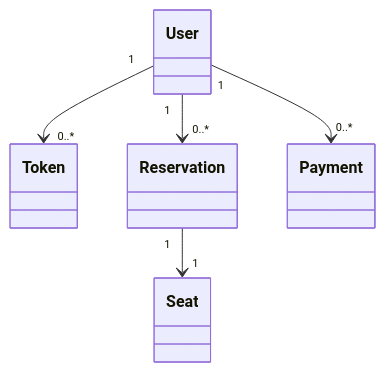
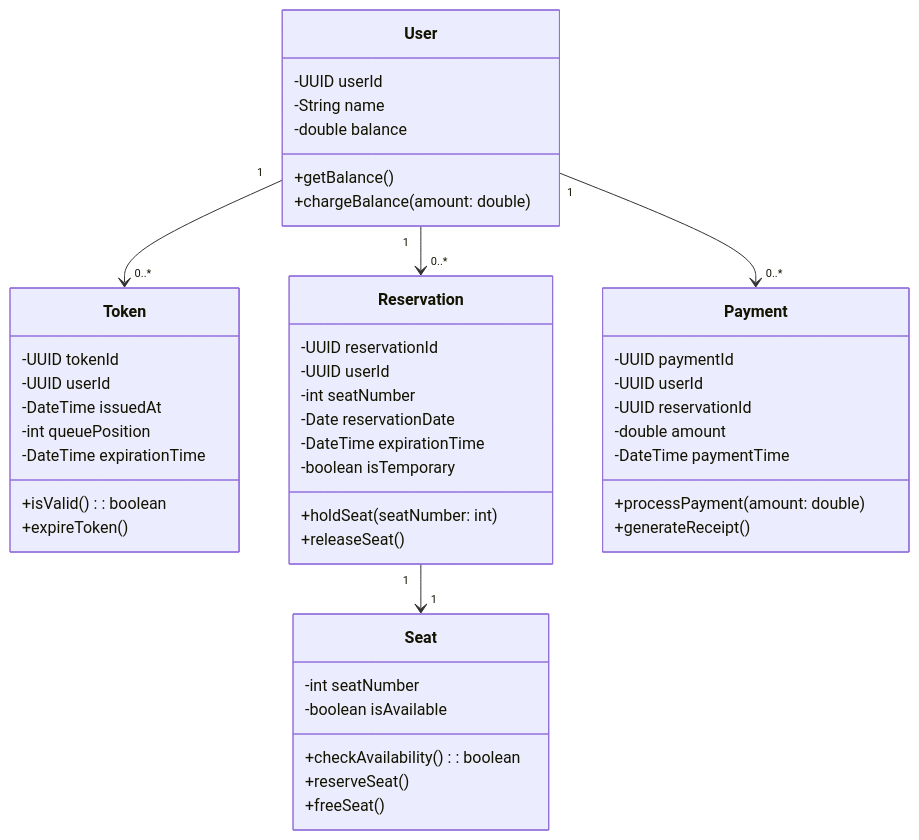
One commit to fatallinverno/hhplus-concert-reservation changed the second of 3 diagrams in README.md. Above: the diagram before and after it, drawn with Mermaid.

Commit message:
클래스 다이어그램 작성

````diff
--- a/README.md
+++ b/README.md
@@ -36,17 +36,54 @@
 ```mermaid
 classDiagram
-    class User
+    class User {
+        -UUID userId
+        -String name
+        -double balance
+        +getBalance()
+        +chargeBalance(amount: double)
+    }
     
-    class Token
+    class Token {
+        -UUID tokenId
+        -UUID userId
+        -DateTime issuedAt
+        -int queuePosition
+        -DateTime expirationTime
+        +isValid(): boolean
+        +expireToken()
+    }
     
-    class Reservation
+    class Reservation {
+        -UUID reservationId
+        -UUID userId
+        -int seatNumber
+        -Date reservationDate
+        -DateTime expirationTime
+        -boolean isTemporary
+        +holdSeat(seatNumber: int)
+        +releaseSeat()
+    }
     
-    class Payment
+    class Payment {
+        -UUID paymentId
+        -UUID userId
+        -UUID reservationId
+        -double amount
+        -DateTime paymentTime
+        +processPayment(amount: double)
+        +generateReceipt()
+    }
     
-    class Seat
+    class Seat {
+        -int seatNumber
+        -boolean isAvailable
+        +checkAvailability(): boolean
+        +reserveSeat()
+        +freeSeat()
+    }
 
     User "1" --> "0..*" Token
     User "1" --> "0..*" Reservation
     User "1" --> "0..*" Payment
     Reservation "1" --> "1" Seat
 ```
````
